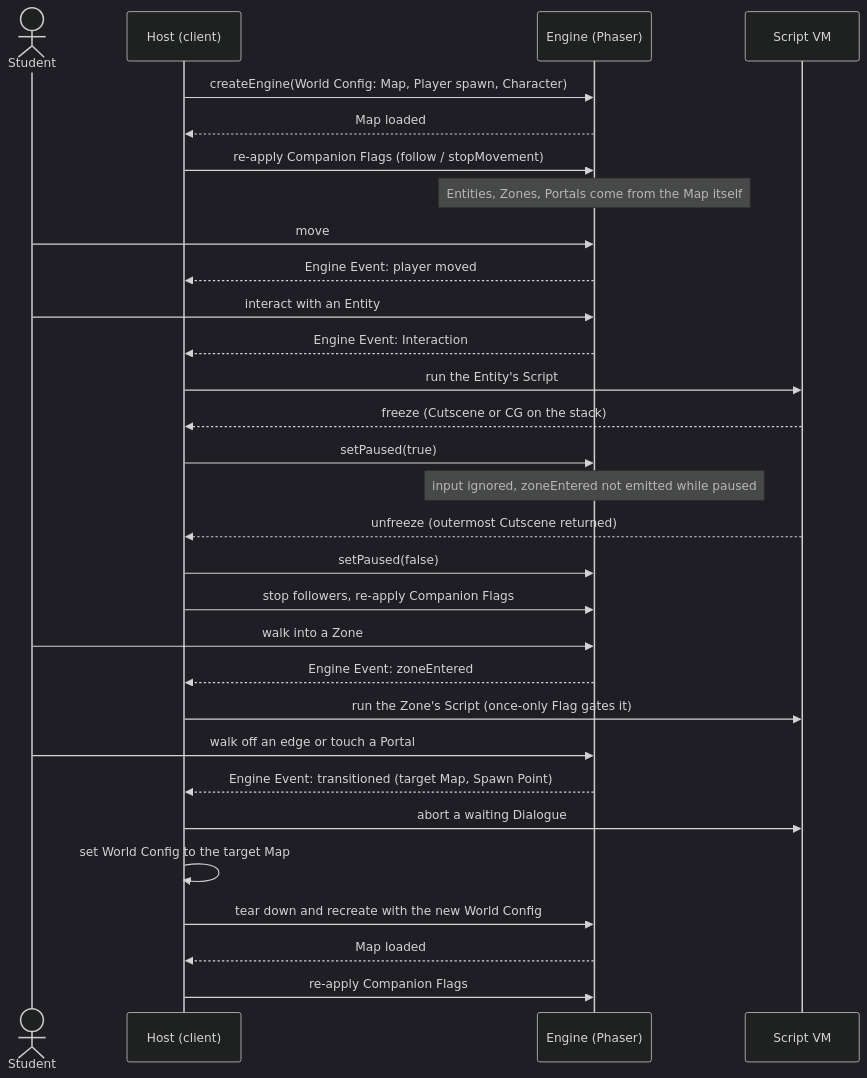
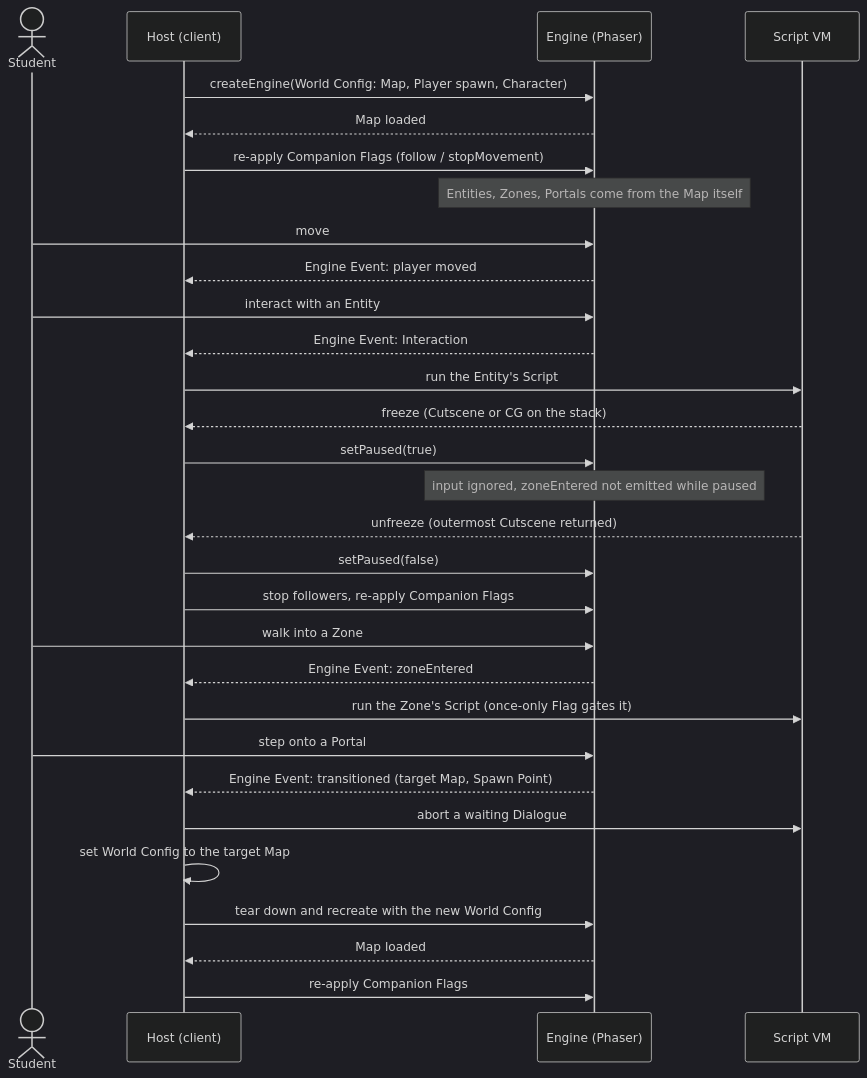
The diagram in docs/mermaid/host-engine-runtime.md (Palmkonde/rpg-webbase), drawn with Mermaid (dark theme) before and after one commit. The commit also changed 4 other files, not shown here.

First line of the commit message:
docs: fold edge-walk into Portals that target named Spawn Points

````diff
--- a/docs/mermaid/host-engine-runtime.md
+++ b/docs/mermaid/host-engine-runtime.md
@@ -1,36 +1,36 @@
 ```mermaid
 sequenceDiagram
   actor Student
   participant Host as Host (client)
   participant Engine as Engine (Phaser)
   participant VM as Script VM
 
   Host->>Engine: createEngine(World Config: Map, Player spawn, Character)
   Engine-->>Host: Map loaded
   Host->>Engine: re-apply Companion Flags (follow / stopMovement)
   Note over Engine: Entities, Zones, Portals come from the Map itself
 
   Student->>Engine: move
   Engine-->>Host: Engine Event: player moved
   Student->>Engine: interact with an Entity
   Engine-->>Host: Engine Event: Interaction
   Host->>VM: run the Entity's Script
   VM-->>Host: freeze (Cutscene or CG on the stack)
   Host->>Engine: setPaused(true)
   Note over Engine: input ignored, zoneEntered not emitted while paused
   VM-->>Host: unfreeze (outermost Cutscene returned)
   Host->>Engine: setPaused(false)
   Host->>Engine: stop followers, re-apply Companion Flags
 
   Student->>Engine: walk into a Zone
   Engine-->>Host: Engine Event: zoneEntered
   Host->>VM: run the Zone's Script (once-only Flag gates it)
 
-  Student->>Engine: walk off an edge or touch a Portal
+  Student->>Engine: step onto a Portal
   Engine-->>Host: Engine Event: transitioned (target Map, Spawn Point)
   Host->>VM: abort a waiting Dialogue
   Host->>Host: set World Config to the target Map
   Host->>Engine: tear down and recreate with the new World Config
   Engine-->>Host: Map loaded
   Host->>Engine: re-apply Companion Flags
 ```
````
